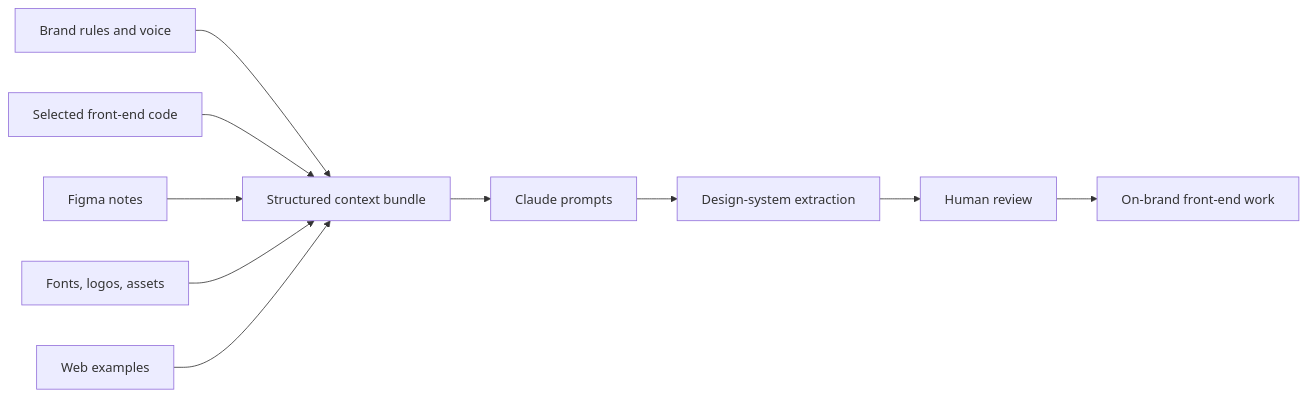
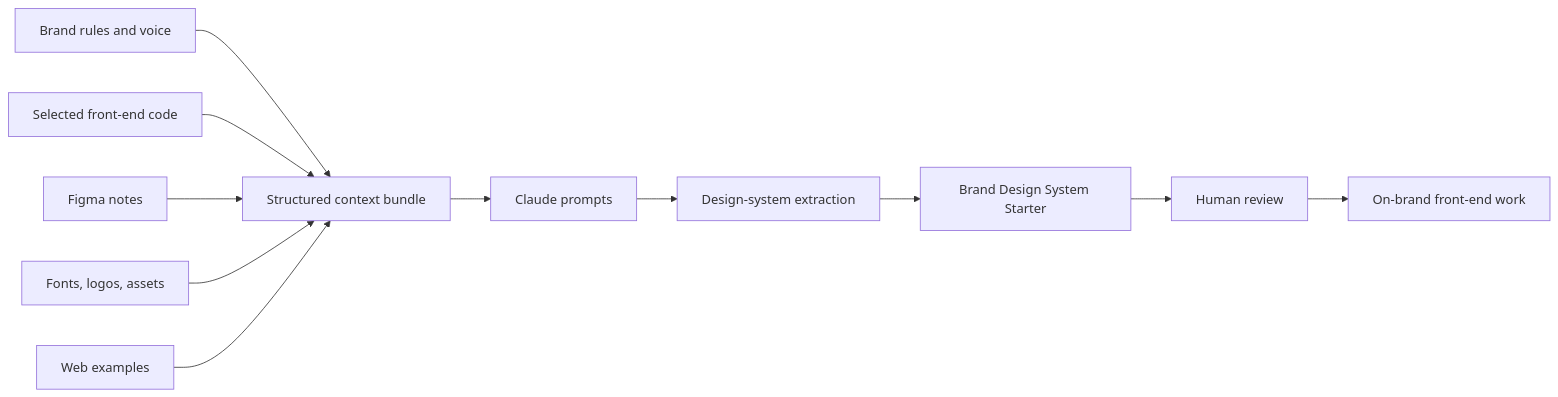
The diagram in README.md (silvermanjared-web/brand-context-system), drawn with Mermaid before and after one commit. The commit also changed other lines of this file, not shown here.

Commit message:
Link brand context system to design system starter

````diff
--- a/README.md
+++ b/README.md
@@ -19,12 +27,13 @@
 ```mermaid
 flowchart LR
     Brand[Brand rules and voice] --> Context[Structured context bundle]
     Code[Selected front-end code] --> Context
     Figma[Figma notes] --> Context
     Assets[Fonts, logos, assets] --> Context
     Examples[Web examples] --> Context
     Context --> Prompts[Claude prompts]
     Prompts --> Output[Design-system extraction]
-    Output --> Review[Human review]
+    Output --> Starter[Brand Design System Starter]
+    Starter --> Review[Human review]
     Review --> Build[On-brand front-end work]
 ```
````
